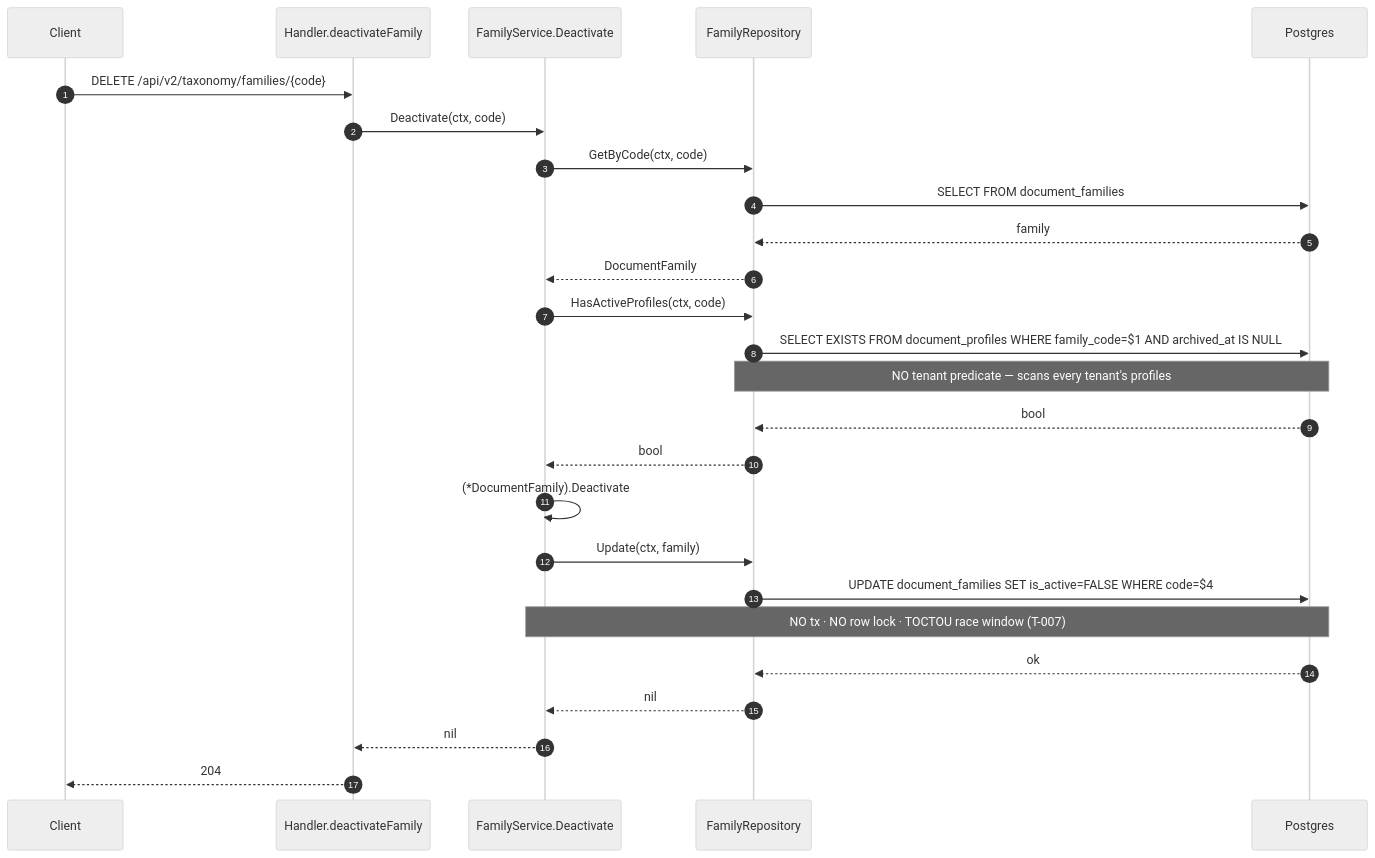
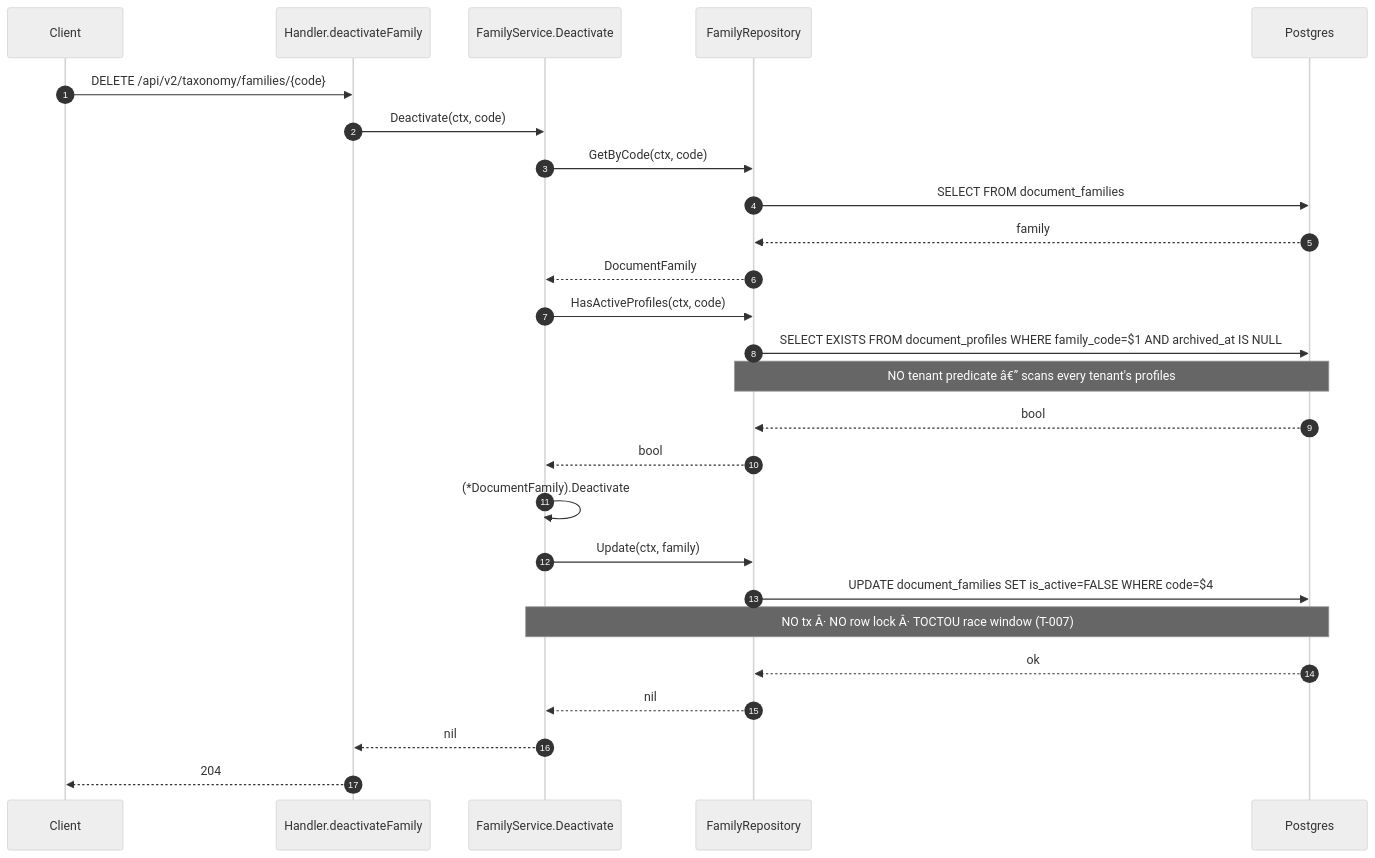
One commit to developmentconexus-ops/MetalDocs changed the fifth of 5 diagrams in wiki/modules/taxonomy.md. Above: the diagram before and after it, drawn with Mermaid (neutral theme). The commit also changed other lines of this file and 12 other files, not shown here.

````diff
--- a/wiki/modules/taxonomy.md
+++ b/wiki/modules/taxonomy.md
@@ -265,28 +265,28 @@
 ```mermaid
 sequenceDiagram
     autonumber
     participant C as Client
     participant H as Handler.deactivateFamily
     participant S as FamilyService.Deactivate
     participant R as FamilyRepository
     participant DB as Postgres
     C->>H: DELETE /api/v2/taxonomy/families/{code}
     H->>S: Deactivate(ctx, code)
     S->>R: GetByCode(ctx, code)
     R->>DB: SELECT FROM document_families
     DB-->>R: family
     R-->>S: DocumentFamily
     S->>R: HasActiveProfiles(ctx, code)
     R->>DB: SELECT EXISTS FROM document_profiles WHERE family_code=$1 AND archived_at IS NULL
-    Note over R,DB: NO tenant predicate — scans every tenant's profiles
+    Note over R,DB: NO tenant predicate â€” scans every tenant's profiles
     DB-->>R: bool
     R-->>S: bool
     S->>S: (*DocumentFamily).Deactivate
     S->>R: Update(ctx, family)
     R->>DB: UPDATE document_families SET is_active=FALSE WHERE code=$4
-    Note over S,DB: NO tx · NO row lock · TOCTOU race window (T-007)
+    Note over S,DB: NO tx Â· NO row lock Â· TOCTOU race window (T-007)
     DB-->>R: ok
     R-->>S: nil
     S-->>H: nil
     H-->>C: 204
 ```
````
